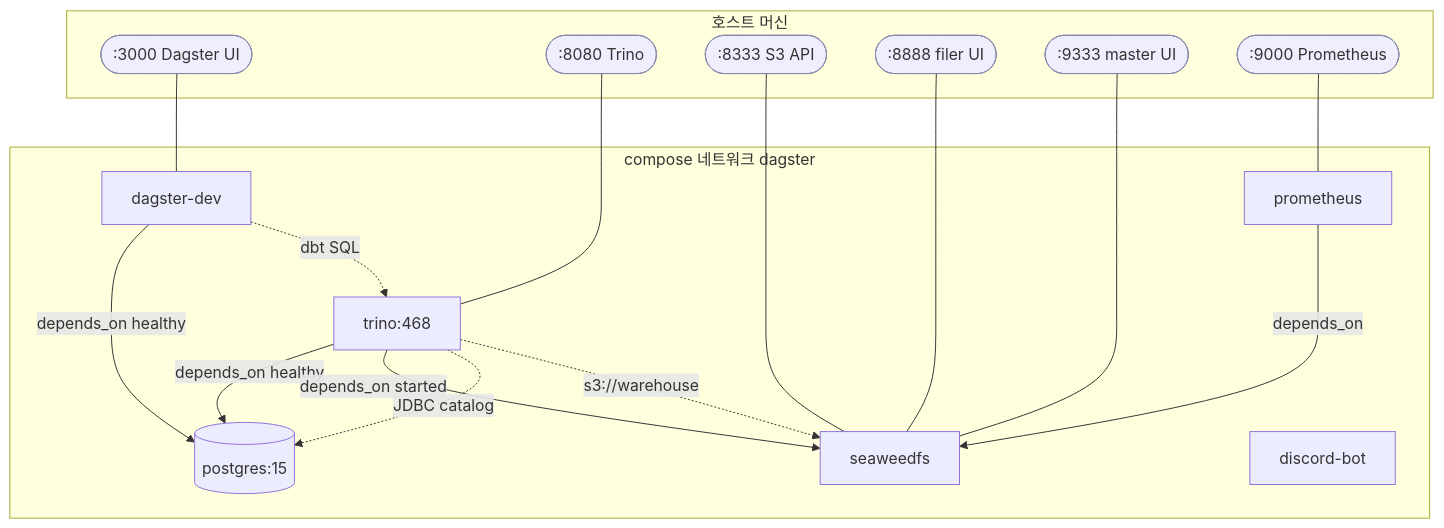
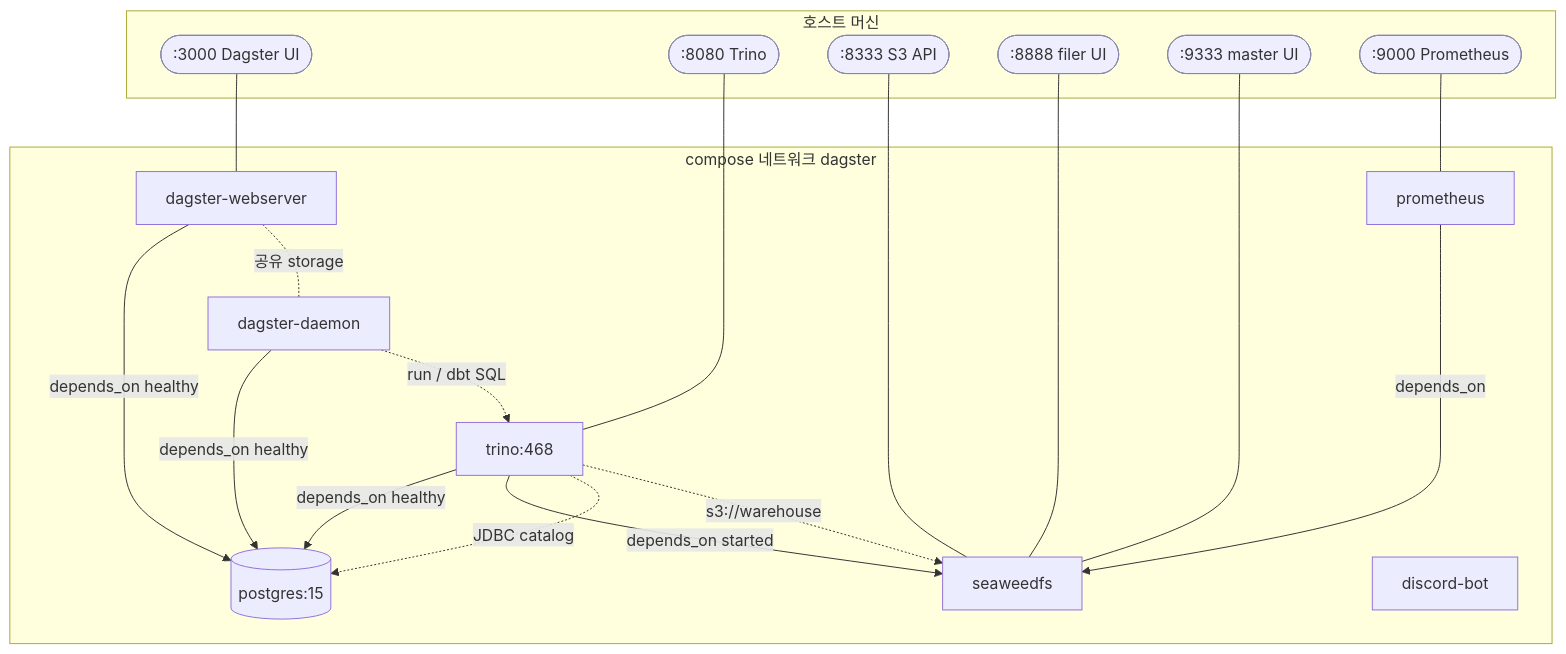
The second of 4 diagrams in docs/architecture.md (Melting-Face/dagster-study), drawn with Mermaid before and after one commit. The commit also changed other lines of this file and 2 other files, not shown here.

First line of the commit message:
docs: webserver·daemon 분리 토폴로지 + dbt pythonic 반영

````diff
--- a/docs/architecture.md
+++ b/docs/architecture.md
@@ -55,39 +56,42 @@
 ```mermaid
 flowchart TB
     subgraph host[호스트 머신]
         U1([:3000 Dagster UI])
         U2([:8080 Trino])
         U3([:8333 S3 API])
         U4([:8888 filer UI])
         U5([:9333 master UI])
         U6([:9000 Prometheus])
     end
 
     subgraph net[compose 네트워크 dagster]
-        DG[dagster-dev]
+        WS[dagster-webserver]
+        DM[dagster-daemon]
         TR[trino:468]
         PG[(postgres:15)]
         SW[seaweedfs]
         DC[discord-bot]
         PM[prometheus]
     end
 
-    U1 --- DG
+    U1 --- WS
     U2 --- TR
     U3 --- SW
     U4 --- SW
     U5 --- SW
     U6 --- PM
 
-    DG -->|depends_on healthy| PG
+    WS -->|depends_on healthy| PG
+    DM -->|depends_on healthy| PG
     TR -->|depends_on healthy| PG
     TR -->|depends_on started| SW
     PM -->|depends_on| SW
 
-    DG -.dbt SQL.-> TR
+    WS -. 공유 storage .- DM
+    DM -.run / dbt SQL.-> TR
     TR -.JDBC catalog.-> PG
     TR -.s3://warehouse.-> SW
 
     classDef ext fill:#eef,stroke:#88a
     class U1,U2,U3,U4,U5,U6 ext
 ```
````
